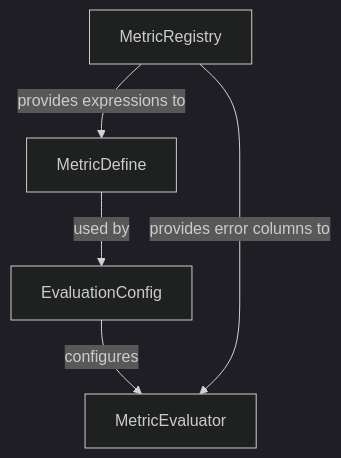
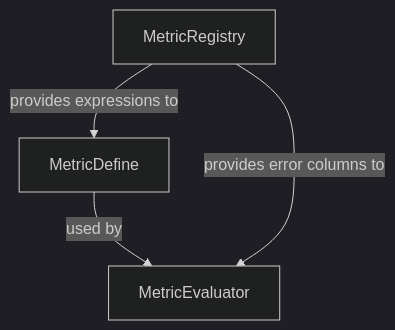
The diagram in CLAUDE.md (elong0527/demo_eval_metric), drawn with Mermaid (dark theme) before and after one commit. The commit also changed other lines of this file and 2 other files, not shown here.

Commit message:
remove config.py

````diff
--- a/CLAUDE.md
+++ b/CLAUDE.md
@@ -66,7 +65,6 @@
 ```mermaid
 graph TD
     A[MetricRegistry] -->|provides expressions to| B[MetricDefine]
-    B -->|used by| C[EvaluationConfig]
-    C -->|configures| D[MetricEvaluator]
-    A -->|provides error columns to| D
+    B -->|used by| C[MetricEvaluator]
+    A -->|provides error columns to| C
 ```
````
